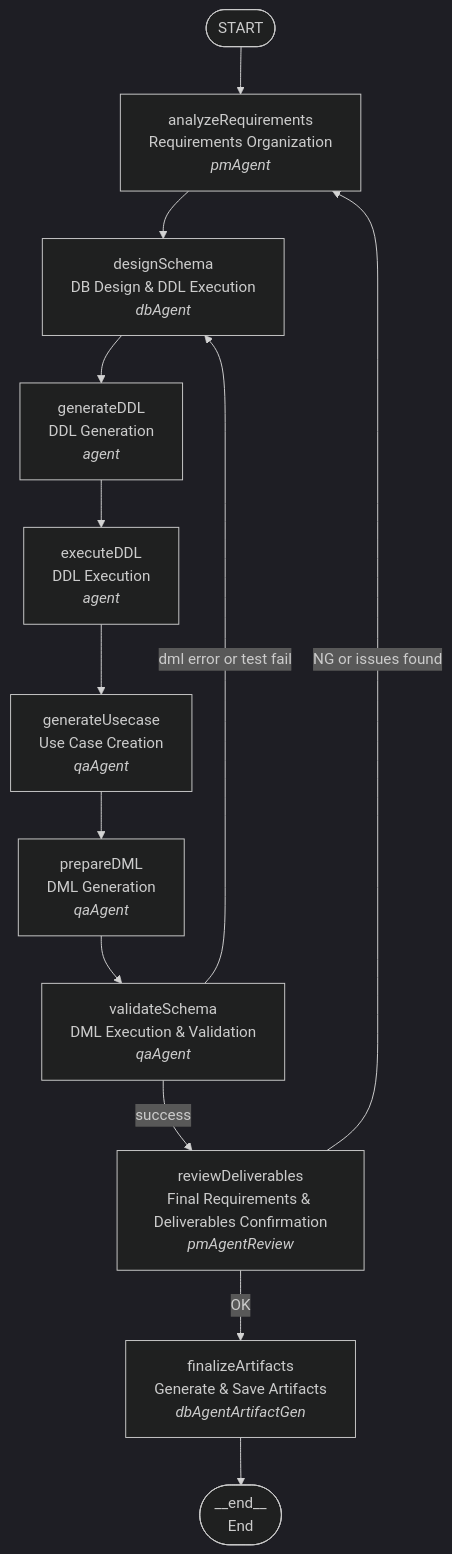
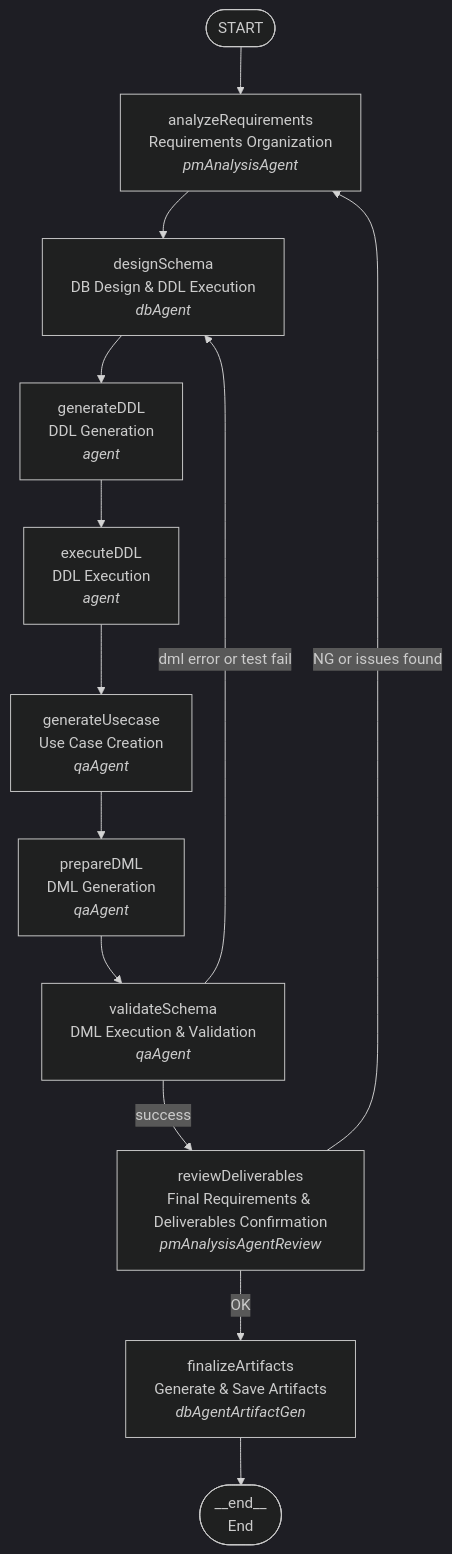
One commit to yzkee/liam changed the diagram in frontend/internal-packages/agent/src/chat/workflow/README.md. Above: the diagram before and after it, drawn with Mermaid (dark theme). The commit also changed other lines of this file and 9 other files, not shown here.

First line of the commit message:
refactor: rename pmAgent to pmAnalysisAgent and remove reviewModel code

````diff
--- a/frontend/internal-packages/agent/src/chat/workflow/README.md
+++ b/frontend/internal-packages/agent/src/chat/workflow/README.md
@@ -7,28 +7,28 @@
 ```mermaid
 flowchart TD
     START([START])
-    ANALYZE[analyzeRequirements<br/>Requirements Organization<br/><i>pmAgent</i>]
+    ANALYZE[analyzeRequirements<br/>Requirements Organization<br/><i>pmAnalysisAgent</i>]
     DESIGN[designSchema<br/>DB Design & DDL Execution<br/><i>dbAgent</i>]
     GENERATE_DDL[generateDDL<br/>DDL Generation<br/><i>agent</i>]
     EXECUTE_DDL[executeDDL<br/>DDL Execution<br/><i>agent</i>]
     GENERATE_USECASE[generateUsecase<br/>Use Case Creation<br/><i>qaAgent</i>]
     PREPARE_DML[prepareDML<br/>DML Generation<br/><i>qaAgent</i>]
     VALIDATE[validateSchema<br/>DML Execution & Validation<br/><i>qaAgent</i>]
-    REVIEW[reviewDeliverables<br/>Final Requirements & Deliverables Confirmation<br/><i>pmAgentReview</i>]
+    REVIEW[reviewDeliverables<br/>Final Requirements & Deliverables Confirmation<br/><i>pmAnalysisAgentReview</i>]
     FINALIZE[finalizeArtifacts<br/>Generate & Save Artifacts<br/><i>dbAgentArtifactGen</i>]
     END([__end__<br/>End])
 
     START --> ANALYZE
     ANALYZE --> DESIGN
     DESIGN --> GENERATE_DDL
     GENERATE_DDL --> EXECUTE_DDL
     EXECUTE_DDL --> GENERATE_USECASE
     GENERATE_USECASE --> PREPARE_DML
     PREPARE_DML --> VALIDATE
     VALIDATE -->|success| REVIEW
     VALIDATE -->|dml error or test fail| DESIGN
     REVIEW -->|OK| FINALIZE
     REVIEW -->|NG or issues found| ANALYZE
     FINALIZE --> END
 
 ```
````
